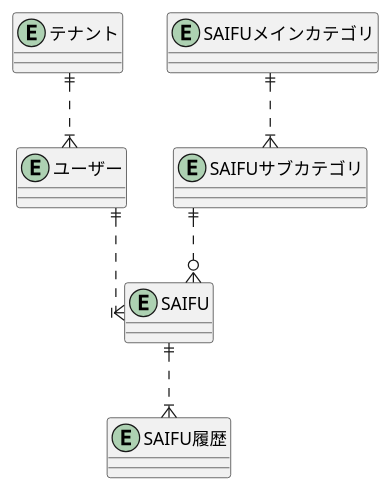
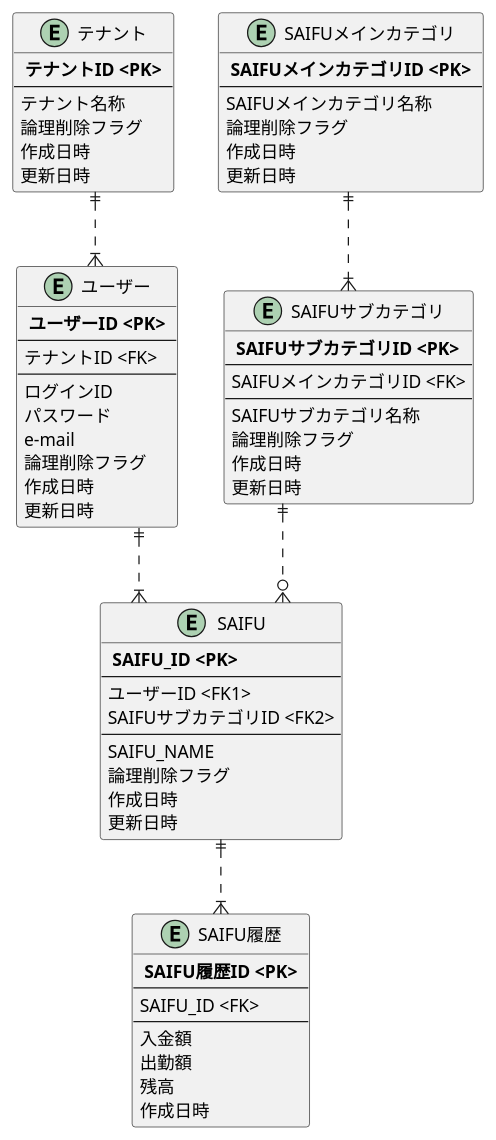
One commit to JojiKoike/saifu-docs changed the diagram in design/ER_Logical_saifu.wsd. Above: the diagram before and after it, drawn with PlantUML.

Commit message:
ユーザー、SAIFU関連DB論理設計

```diff
--- a/design/ER_Logical_saifu.wsd
+++ b/design/ER_Logical_saifu.wsd
@@ -1,35 +1,82 @@
 @startuml ER_Concept
 skinparam linetype ortho
 
 ' Entity
 entity "テナント" as tenant {
+  ** テナントID <PK> **
+  --
+  テナント名称
+  論理削除フラグ
+  作成日時
+  更新日時
 }
 
 entity "ユーザー" as user {
+  ** ユーザーID <PK> **
+  --
+  テナントID <FK>
+  --
+  ログインID
+  パスワード
+  e-mail
+  論理削除フラグ
+  作成日時
+  更新日時
 }
 
 entity "SAIFU" as saifu {
+  ** SAIFU_ID <PK> **
+  --
+  ユーザーID <FK1>
+  SAIFUサブカテゴリID <FK2>
+  --
+  SAIFU_NAME
+  論理削除フラグ
+  作成日時
+  更新日時
 }
 
 entity "SAIFUメインカテゴリ" as saifuCategoryMain {
+  ** SAIFUメインカテゴリID <PK> **
+  --
+  SAIFUメインカテゴリ名称
+  論理削除フラグ
+  作成日時
+  更新日時
 }
 
 entity "SAIFUサブカテゴリ" as saifuCategorySub {
+  ** SAIFUサブカテゴリID <PK> **
+  --
+  SAIFUメインカテゴリID <FK>
+  --
+  SAIFUサブカテゴリ名称
+  論理削除フラグ
+  作成日時
+  更新日時
 }
 
 entity "SAIFU履歴" as saifuHistory {
+  ** SAIFU履歴ID <PK> **
+  --
+  SAIFU_ID <FK>
+  --
+  入金額
+  出勤額
+  残高
+  作成日時
 }
 
 
 ' Relation
 
 ' Account
 tenant ||..|{user
 
 ' SAIFU
 user ||..|{saifu
 saifu ||..|{saifuHistory
 saifuCategoryMain ||..|{saifuCategorySub
 saifuCategorySub ||..o{saifu
 
 @enduml
```
